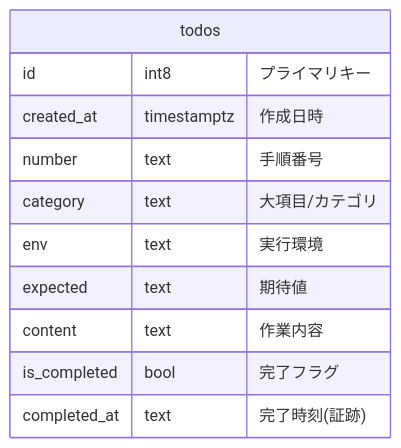
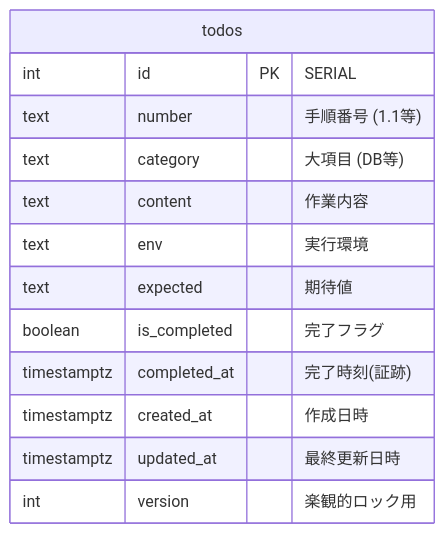
Before and after one commit to Everybodyhappyok4416/standard-operating-procedures: the second of 2 diagrams in README.md, drawn with Mermaid. The commit also changed other lines of this file and 7 other files, not shown here.

````diff
--- a/README.md
+++ b/README.md
@@ -52,14 +63,16 @@
 ```mermaid
 erDiagram
     todos {
-        id int8 "プライマリキー"
-        created_at timestamptz "作成日時"
-        number text "手順番号"
-        category text "大項目/カテゴリ"
-        env text "実行環境"
-        expected text "期待値"
-        content text "作業内容"
-        is_completed bool "完了フラグ"
-        completed_at text "完了時刻(証跡)"
+        int id PK "SERIAL"
+        text number "手順番号 (1.1等)"
+        text category "大項目 (DB等)"
+        text content "作業内容"
+        text env "実行環境"
+        text expected "期待値"
+        boolean is_completed "完了フラグ"
+        timestamptz completed_at "完了時刻(証跡)"
+        timestamptz created_at "作成日時"
+        timestamptz updated_at "最終更新日時"
+        int version "楽観的ロック用"
     }
 ```
````
